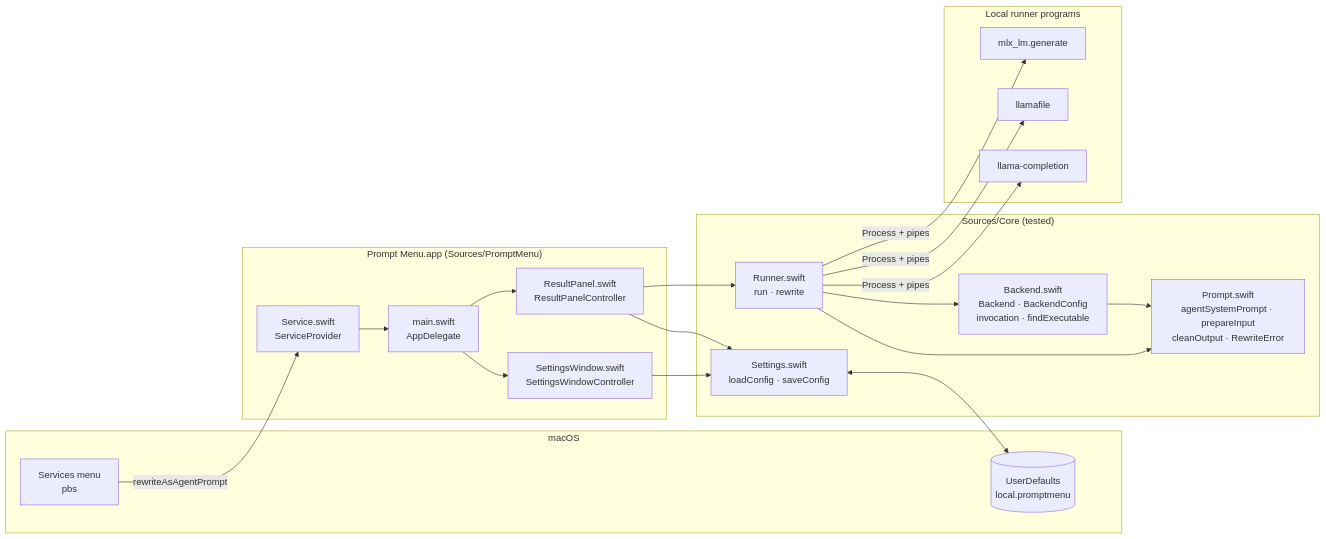
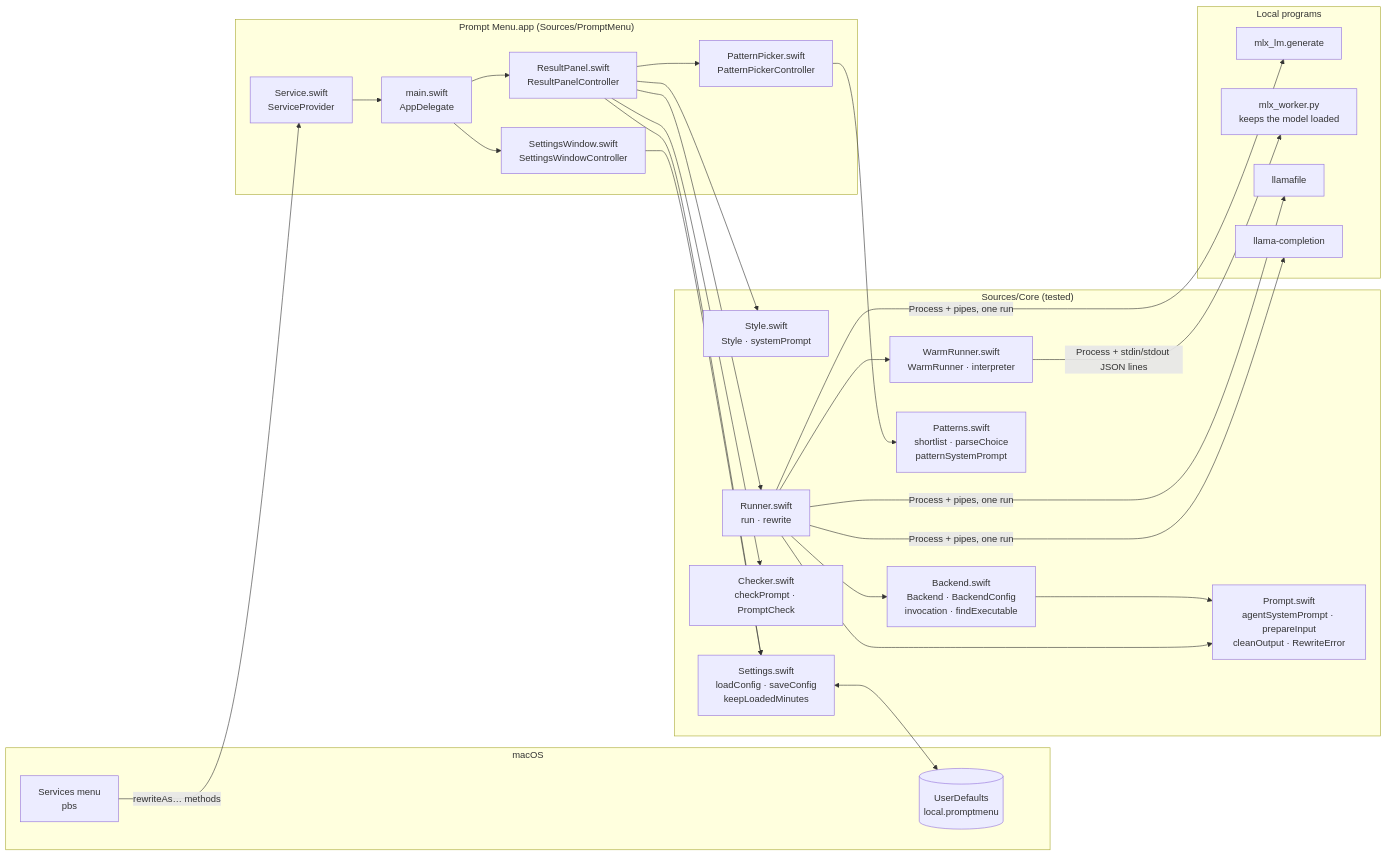
One commit to jdgiles26/prompt-menu changed the first of 2 diagrams in docs/ARCHITECTURE.md. Above: the diagram before and after it, drawn with Mermaid. The commit also changed other lines of this file and 8 other files, not shown here.

````diff
--- a/docs/ARCHITECTURE.md
+++ b/docs/ARCHITECTURE.md
@@ -10,34 +11,45 @@
 ```mermaid
 flowchart LR
     subgraph macOS
         SRV[Services menu<br/>pbs]
         DEF[(UserDefaults<br/>local.promptmenu)]
     end
     subgraph App["Prompt Menu.app (Sources/PromptMenu)"]
         MAIN[main.swift<br/>AppDelegate]
         SVC[Service.swift<br/>ServiceProvider]
         PANEL[ResultPanel.swift<br/>ResultPanelController]
+        PICK[PatternPicker.swift<br/>PatternPickerController]
         SET[SettingsWindow.swift<br/>SettingsWindowController]
     end
     subgraph Core["Sources/Core (tested)"]
+        STYLE[Style.swift<br/>Style · systemPrompt]
         PROMPT[Prompt.swift<br/>agentSystemPrompt · prepareInput<br/>cleanOutput · RewriteError]
         BACK[Backend.swift<br/>Backend · BackendConfig<br/>invocation · findExecutable]
         RUN[Runner.swift<br/>run · rewrite]
-        SETS[Settings.swift<br/>loadConfig · saveConfig]
+        WARM[WarmRunner.swift<br/>WarmRunner · interpreter]
+        CHECK[Checker.swift<br/>checkPrompt · PromptCheck]
+        PAT[Patterns.swift<br/>shortlist · parseChoice<br/>patternSystemPrompt]
+        SETS[Settings.swift<br/>loadConfig · saveConfig<br/>keepLoadedMinutes]
     end
-    subgraph Runners["Local runner programs"]
+    subgraph Runners["Local programs"]
         MLX[mlx_lm.generate]
+        WORKER[mlx_worker.py<br/>keeps the model loaded]
         LF[llamafile]
         LC[llama-completion]
     end
-    SRV -->|rewriteAsAgentPrompt| SVC --> MAIN --> PANEL
+    SRV -->|rewriteAs… methods| SVC --> MAIN --> PANEL
     MAIN --> SET
     PANEL --> RUN
+    PANEL --> CHECK
+    PANEL --> PICK --> PAT
     SET --> SETS
     PANEL --> SETS
     SETS <--> DEF
     RUN --> PROMPT
     RUN --> BACK
+    RUN --> WARM
+    PANEL --> STYLE
     BACK --> PROMPT
-    RUN -->|Process + pipes| MLX & LF & LC
+    RUN -->|Process + pipes, one run| MLX & LF & LC
+    WARM -->|Process + stdin/stdout JSON lines| WORKER
 ```
````
